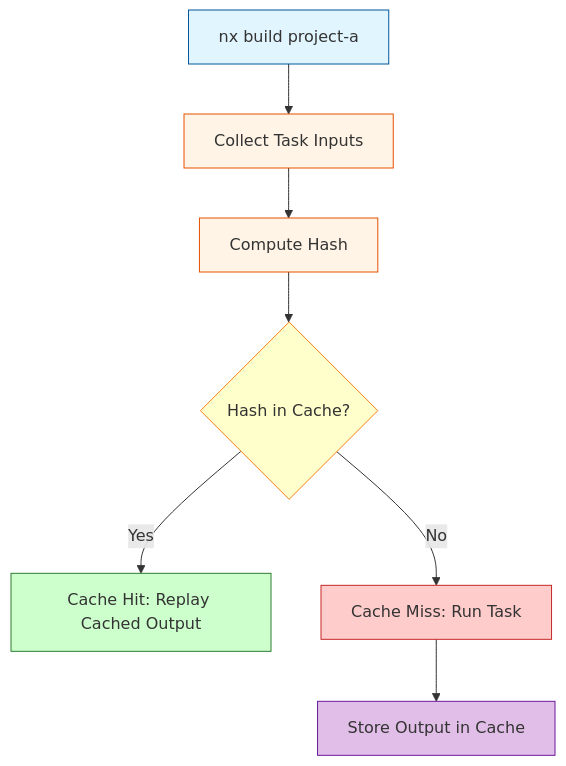
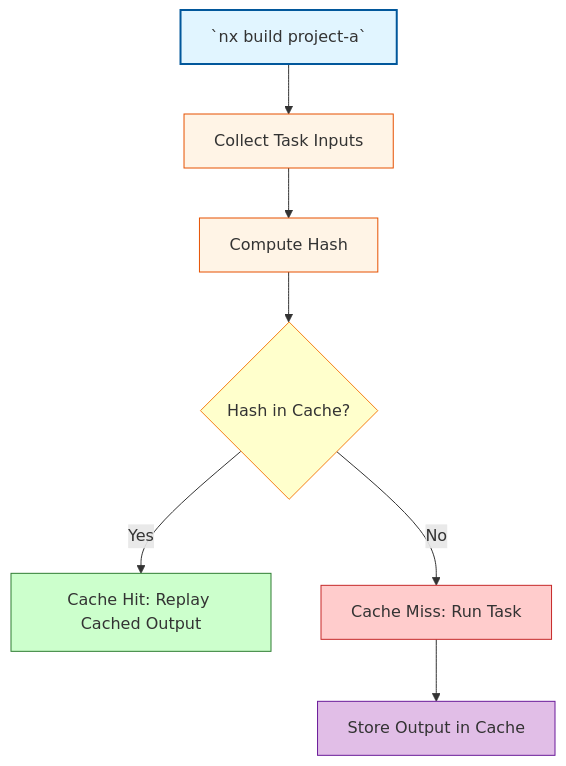
One commit to edbzn/edbzn.github.io changed the second of 2 diagrams in content/blog/understanding-nx-affected-graph-vs-cache-hits/index.md. Above: the diagram before and after it, drawn with Mermaid. The commit also changed other lines of this file, not shown here.

Commit message:
Fix formatting in mermaid diagrams for affected graph and caching explanations

````diff
--- a/content/blog/understanding-nx-affected-graph-vs-cache-hits/index.md
+++ b/content/blog/understanding-nx-affected-graph-vs-cache-hits/index.md
@@ -100,17 +101,17 @@
 ```mermaid
 graph TD
-  CMD[nx build project-a] --> Inputs[Collect Task Inputs]
+  CMD[`nx build project-a`] --> Inputs[Collect Task Inputs]
   Inputs --> Hash[Compute Hash]
   Hash --> Check{Hash in Cache?}
   Check -->|Yes| Replay[Cache Hit: Replay Cached Output]
   Check -->|No| Run[Cache Miss: Run Task]
   Run --> Store[Store Output in Cache]
 
-  style CMD fill:#e1f5ff,stroke:#01579b
+  style CMD fill:#e1f5ff,stroke:#01579b,stroke-width:2px
   style Inputs fill:#fff4e6,stroke:#e65100
   style Hash fill:#fff4e6,stroke:#e65100
   style Check fill:#ffffcc,stroke:#f57f17
   style Replay fill:#ccffcc,stroke:#2e7d32
   style Run fill:#ffcccc,stroke:#c62828
   style Store fill:#e1bee7,stroke:#6a1b9a
 ```
````
